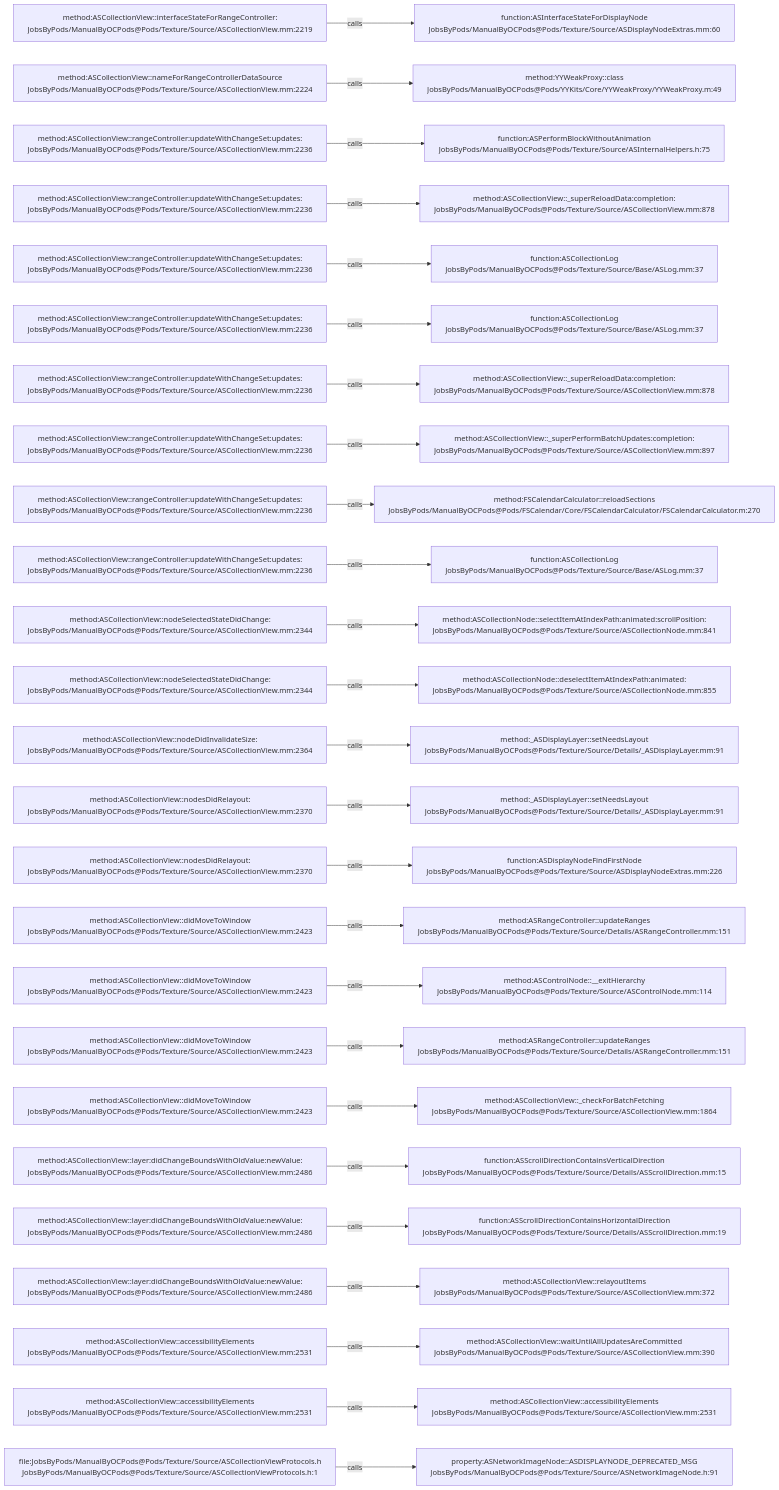
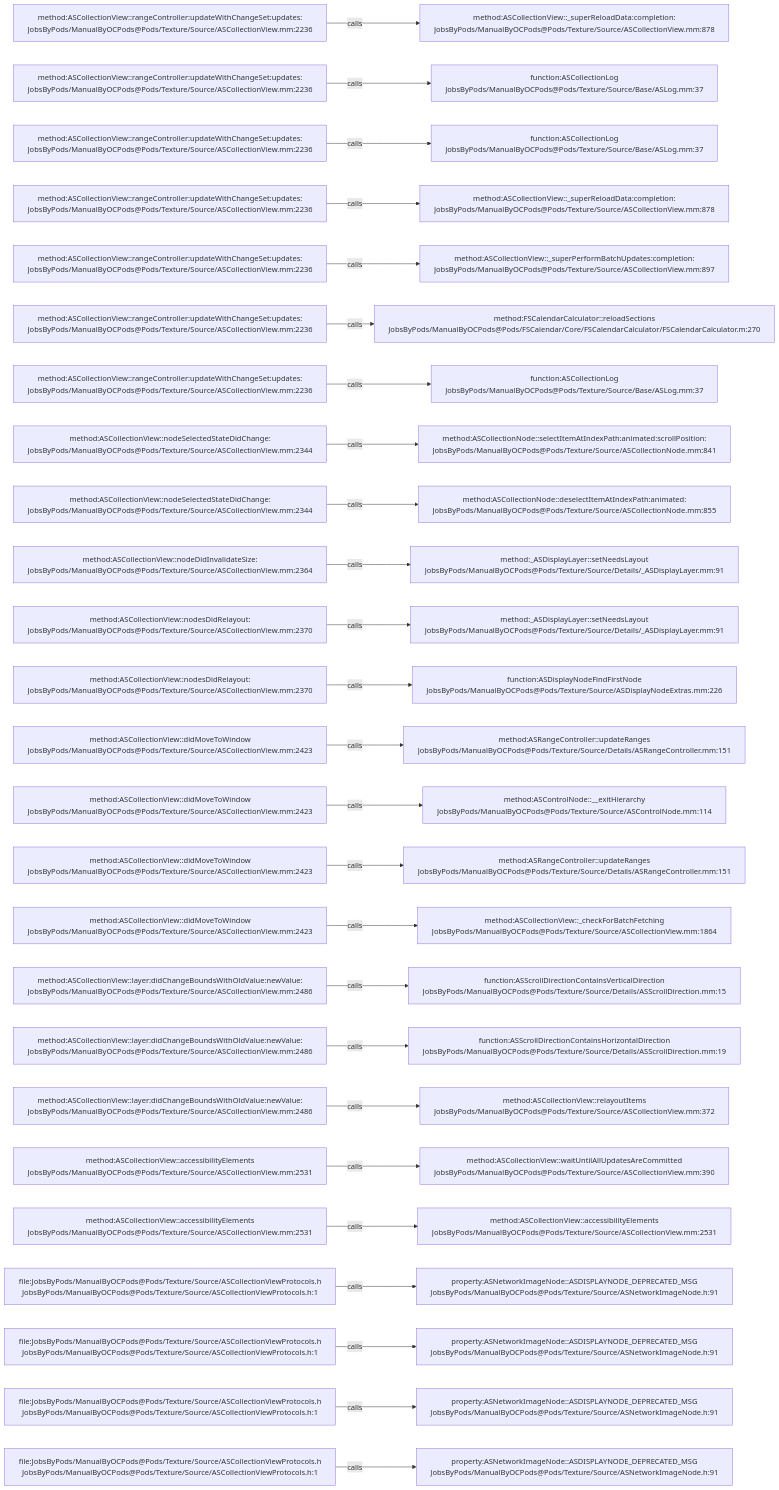
The diagram in .codegraph/codegraph.md/graphs/calls-086.md (JobsKits/JobsOCBaseConfigDemo), drawn with Mermaid before and after one commit. The commit also changed 342 other files, not shown here.

````diff
--- a/.codegraph/codegraph.md/graphs/calls-086.md
+++ b/.codegraph/codegraph.md/graphs/calls-086.md
@@ -13,78 +13,78 @@
 ```mermaid
 flowchart LR
-  S1["method:ASCollectionView::interfaceStateForRangeController:<br/>JobsByPods/ManualByOCPods@Pods/Texture/Source/ASCollectionView.mm:2219"]
-  T1["function:ASInterfaceStateForDisplayNode<br/>JobsByPods/ManualByOCPods@Pods/Texture/Source/ASDisplayNodeExtras.mm:60"]
+  S1["method:ASCollectionView::rangeController:updateWithChangeSet:updates:<br/>JobsByPods/ManualByOCPods@Pods/Texture/Source/ASCollectionView.mm:2236"]
+  T1["method:ASCollectionView::_superReloadData:completion:<br/>JobsByPods/ManualByOCPods@Pods/Texture/Source/ASCollectionView.mm:878"]
   S1 -->|calls| T1
-  S2["method:ASCollectionView::nameForRangeControllerDataSource<br/>JobsByPods/ManualByOCPods@Pods/Texture/Source/ASCollectionView.mm:2224"]
-  T2["method:YYWeakProxy::class<br/>JobsByPods/ManualByOCPods@Pods/YYKits/Core/YYWeakProxy/YYWeakProxy.m:49"]
+  S2["method:ASCollectionView::rangeController:updateWithChangeSet:updates:<br/>JobsByPods/ManualByOCPods@Pods/Texture/Source/ASCollectionView.mm:2236"]
+  T2["function:ASCollectionLog<br/>JobsByPods/ManualByOCPods@Pods/Texture/Source/Base/ASLog.mm:37"]
   S2 -->|calls| T2
   S3["method:ASCollectionView::rangeController:updateWithChangeSet:updates:<br/>JobsByPods/ManualByOCPods@Pods/Texture/Source/ASCollectionView.mm:2236"]
-  T3["function:ASPerformBlockWithoutAnimation<br/>JobsByPods/ManualByOCPods@Pods/Texture/Source/ASInternalHelpers.h:75"]
+  T3["function:ASCollectionLog<br/>JobsByPods/ManualByOCPods@Pods/Texture/Source/Base/ASLog.mm:37"]
   S3 -->|calls| T3
   S4["method:ASCollectionView::rangeController:updateWithChangeSet:updates:<br/>JobsByPods/ManualByOCPods@Pods/Texture/Source/ASCollectionView.mm:2236"]
   T4["method:ASCollectionView::_superReloadData:completion:<br/>JobsByPods/ManualByOCPods@Pods/Texture/Source/ASCollectionView.mm:878"]
   S4 -->|calls| T4
   S5["method:ASCollectionView::rangeController:updateWithChangeSet:updates:<br/>JobsByPods/ManualByOCPods@Pods/Texture/Source/ASCollectionView.mm:2236"]
-  T5["function:ASCollectionLog<br/>JobsByPods/ManualByOCPods@Pods/Texture/Source/Base/ASLog.mm:37"]
+  T5["method:ASCollectionView::_superPerformBatchUpdates:completion:<br/>JobsByPods/ManualByOCPods@Pods/Texture/Source/ASCollectionView.mm:897"]
   S5 -->|calls| T5
   S6["method:ASCollectionView::rangeController:updateWithChangeSet:updates:<br/>JobsByPods/ManualByOCPods@Pods/Texture/Source/ASCollectionView.mm:2236"]
-  T6["function:ASCollectionLog<br/>JobsByPods/ManualByOCPods@Pods/Texture/Source/Base/ASLog.mm:37"]
+  T6["method:FSCalendarCalculator::reloadSections<br/>JobsByPods/ManualByOCPods@Pods/FSCalendar/Core/FSCalendarCalculator/FSCalendarCalculator.m:270"]
   S6 -->|calls| T6
   S7["method:ASCollectionView::rangeController:updateWithChangeSet:updates:<br/>JobsByPods/ManualByOCPods@Pods/Texture/Source/ASCollectionView.mm:2236"]
-  T7["method:ASCollectionView::_superReloadData:completion:<br/>JobsByPods/ManualByOCPods@Pods/Texture/Source/ASCollectionView.mm:878"]
+  T7["function:ASCollectionLog<br/>JobsByPods/ManualByOCPods@Pods/Texture/Source/Base/ASLog.mm:37"]
   S7 -->|calls| T7
-  S8["method:ASCollectionView::rangeController:updateWithChangeSet:updates:<br/>JobsByPods/ManualByOCPods@Pods/Texture/Source/ASCollectionView.mm:2236"]
-  T8["method:ASCollectionView::_superPerformBatchUpdates:completion:<br/>JobsByPods/ManualByOCPods@Pods/Texture/Source/ASCollectionView.mm:897"]
+  S8["method:ASCollectionView::nodeSelectedStateDidChange:<br/>JobsByPods/ManualByOCPods@Pods/Texture/Source/ASCollectionView.mm:2344"]
+  T8["method:ASCollectionNode::selectItemAtIndexPath:animated:scrollPosition:<br/>JobsByPods/ManualByOCPods@Pods/Texture/Source/ASCollectionNode.mm:841"]
   S8 -->|calls| T8
-  S9["method:ASCollectionView::rangeController:updateWithChangeSet:updates:<br/>JobsByPods/ManualByOCPods@Pods/Texture/Source/ASCollectionView.mm:2236"]
-  T9["method:FSCalendarCalculator::reloadSections<br/>JobsByPods/ManualByOCPods@Pods/FSCalendar/Core/FSCalendarCalculator/FSCalendarCalculator.m:270"]
+  S9["method:ASCollectionView::nodeSelectedStateDidChange:<br/>JobsByPods/ManualByOCPods@Pods/Texture/Source/ASCollectionView.mm:2344"]
+  T9["method:ASCollectionNode::deselectItemAtIndexPath:animated:<br/>JobsByPods/ManualByOCPods@Pods/Texture/Source/ASCollectionNode.mm:855"]
   S9 -->|calls| T9
-  S10["method:ASCollectionView::rangeController:updateWithChangeSet:updates:<br/>JobsByPods/ManualByOCPods@Pods/Texture/Source/ASCollectionView.mm:2236"]
-  T10["function:ASCollectionLog<br/>JobsByPods/ManualByOCPods@Pods/Texture/Source/Base/ASLog.mm:37"]
+  S10["method:ASCollectionView::nodeDidInvalidateSize:<br/>JobsByPods/ManualByOCPods@Pods/Texture/Source/ASCollectionView.mm:2364"]
+  T10["method:_ASDisplayLayer::setNeedsLayout<br/>JobsByPods/ManualByOCPods@Pods/Texture/Source/Details/_ASDisplayLayer.mm:91"]
   S10 -->|calls| T10
-  S11["method:ASCollectionView::nodeSelectedStateDidChange:<br/>JobsByPods/ManualByOCPods@Pods/Texture/Source/ASCollectionView.mm:2344"]
-  T11["method:ASCollectionNode::selectItemAtIndexPath:animated:scrollPosition:<br/>JobsByPods/ManualByOCPods@Pods/Texture/Source/ASCollectionNode.mm:841"]
+  S11["method:ASCollectionView::nodesDidRelayout:<br/>JobsByPods/ManualByOCPods@Pods/Texture/Source/ASCollectionView.mm:2370"]
+  T11["method:_ASDisplayLayer::setNeedsLayout<br/>JobsByPods/ManualByOCPods@Pods/Texture/Source/Details/_ASDisplayLayer.mm:91"]
   S11 -->|calls| T11
-  S12["method:ASCollectionView::nodeSelectedStateDidChange:<br/>JobsByPods/ManualByOCPods@Pods/Texture/Source/ASCollectionView.mm:2344"]
-  T12["method:ASCollectionNode::deselectItemAtIndexPath:animated:<br/>JobsByPods/ManualByOCPods@Pods/Texture/Source/ASCollectionNode.mm:855"]
+  S12["method:ASCollectionView::nodesDidRelayout:<br/>JobsByPods/ManualByOCPods@Pods/Texture/Source/ASCollectionView.mm:2370"]
+  T12["function:ASDisplayNodeFindFirstNode<br/>JobsByPods/ManualByOCPods@Pods/Texture/Source/ASDisplayNodeExtras.mm:226"]
   S12 -->|calls| T12
-  S13["method:ASCollectionView::nodeDidInvalidateSize:<br/>JobsByPods/ManualByOCPods@Pods/Texture/Source/ASCollectionView.mm:2364"]
-  T13["method:_ASDisplayLayer::setNeedsLayout<br/>JobsByPods/ManualByOCPods@Pods/Texture/Source/Details/_ASDisplayLayer.mm:91"]
+  S13["method:ASCollectionView::didMoveToWindow<br/>JobsByPods/ManualByOCPods@Pods/Texture/Source/ASCollectionView.mm:2423"]
+  T13["method:ASRangeController::updateRanges<br/>JobsByPods/ManualByOCPods@Pods/Texture/Source/Details/ASRangeController.mm:151"]
   S13 -->|calls| T13
-  S14["method:ASCollectionView::nodesDidRelayout:<br/>JobsByPods/ManualByOCPods@Pods/Texture/Source/ASCollectionView.mm:2370"]
-  T14["method:_ASDisplayLayer::setNeedsLayout<br/>JobsByPods/ManualByOCPods@Pods/Texture/Source/Details/_ASDisplayLayer.mm:91"]
+  S14["method:ASCollectionView::didMoveToWindow<br/>JobsByPods/ManualByOCPods@Pods/Texture/Source/ASCollectionView.mm:2423"]
+  T14["method:ASControlNode::__exitHierarchy<br/>JobsByPods/ManualByOCPods@Pods/Texture/Source/ASControlNode.mm:114"]
   S14 -->|calls| T14
-  S15["method:ASCollectionView::nodesDidRelayout:<br/>JobsByPods/ManualByOCPods@Pods/Texture/Source/ASCollectionView.mm:2370"]
-  T15["function:ASDisplayNodeFindFirstNode<br/>JobsByPods/ManualByOCPods@Pods/Texture/Source/ASDisplayNodeExtras.mm:226"]
+  S15["method:ASCollectionView::didMoveToWindow<br/>JobsByPods/ManualByOCPods@Pods/Texture/Source/ASCollectionView.mm:2423"]
+  T15["method:ASRangeController::updateRanges<br/>JobsByPods/ManualByOCPods@Pods/Texture/Source/Details/ASRangeController.mm:151"]
   S15 -->|calls| T15
   S16["method:ASCollectionView::didMoveToWindow<br/>JobsByPods/ManualByOCPods@Pods/Texture/Source/ASCollectionView.mm:2423"]
-  T16["method:ASRangeController::updateRanges<br/>JobsByPods/ManualByOCPods@Pods/Texture/Source/Details/ASRangeController.mm:151"]
+  T16["method:ASCollectionView::_checkForBatchFetching<br/>JobsByPods/ManualByOCPods@Pods/Texture/Source/ASCollectionView.mm:1864"]
   S16 -->|calls| T16
-  S17["method:ASCollectionView::didMoveToWindow<br/>JobsByPods/ManualByOCPods@Pods/Texture/Source/ASCollectionView.mm:2423"]
-  T17["method:ASControlNode::__exitHierarchy<br/>JobsByPods/ManualByOCPods@Pods/Texture/Source/ASControlNode.mm:114"]
+  S17["method:ASCollectionView::layer:didChangeBoundsWithOldValue:newValue:<br/>JobsByPods/ManualByOCPods@Pods/Texture/Source/ASCollectionView.mm:2486"]
+  T17["function:ASScrollDirectionContainsVerticalDirection<br/>JobsByPods/ManualByOCPods@Pods/Texture/Source/Details/ASScrollDirection.mm:15"]
   S17 -->|calls| T17
-  S18["method:ASCollectionView::didMoveToWindow<br/>JobsByPods/ManualByOCPods@Pods/Texture/Source/ASCollectionView.mm:2423"]
-  T18["method:ASRangeController::updateRanges<br/>JobsByPods/ManualByOCPods@Pods/Texture/Source/Details/ASRangeController.mm:151"]
+  S18["method:ASCollectionView::layer:didChangeBoundsWithOldValue:newValue:<br/>JobsByPods/ManualByOCPods@Pods/Texture/Source/ASCollectionView.mm:2486"]
+  T18["function:ASScrollDirectionContainsHorizontalDirection<br/>JobsByPods/ManualByOCPods@Pods/Texture/Source/Details/ASScrollDirection.mm:19"]
   S18 -->|calls| T18
-  S19["method:ASCollectionView::didMoveToWindow<br/>JobsByPods/ManualByOCPods@Pods/Texture/Source/ASCollectionView.mm:2423"]
-  T19["method:ASCollectionView::_checkForBatchFetching<br/>JobsByPods/ManualByOCPods@Pods/Texture/Source/ASCollectionView.mm:1864"]
+  S19["method:ASCollectionView::layer:didChangeBoundsWithOldValue:newValue:<br/>JobsByPods/ManualByOCPods@Pods/Texture/Source/ASCollectionView.mm:2486"]
+  T19["method:ASCollectionView::relayoutItems<br/>JobsByPods/ManualByOCPods@Pods/Texture/Source/ASCollectionView.mm:372"]
   S19 -->|calls| T19
-  S20["method:ASCollectionView::layer:didChangeBoundsWithOldValue:newValue:<br/>JobsByPods/ManualByOCPods@Pods/Texture/Source/ASCollectionView.mm:2486"]
-  T20["function:ASScrollDirectionContainsVerticalDirection<br/>JobsByPods/ManualByOCPods@Pods/Texture/Source/Details/ASScrollDirection.mm:15"]
+  S20["method:ASCollectionView::accessibilityElements<br/>JobsByPods/ManualByOCPods@Pods/Texture/Source/ASCollectionView.mm:2531"]
+  T20["method:ASCollectionView::waitUntilAllUpdatesAreCommitted<br/>JobsByPods/ManualByOCPods@Pods/Texture/Source/ASCollectionView.mm:390"]
   S20 -->|calls| T20
-  S21["method:ASCollectionView::layer:didChangeBoundsWithOldValue:newValue:<br/>JobsByPods/ManualByOCPods@Pods/Texture/Source/ASCollectionView.mm:2486"]
-  T21["function:ASScrollDirectionContainsHorizontalDirection<br/>JobsByPods/ManualByOCPods@Pods/Texture/Source/Details/ASScrollDirection.mm:19"]
+  S21["method:ASCollectionView::accessibilityElements<br/>JobsByPods/ManualByOCPods@Pods/Texture/Source/ASCollectionView.mm:2531"]
+  T21["method:ASCollectionView::accessibilityElements<br/>JobsByPods/ManualByOCPods@Pods/Texture/Source/ASCollectionView.mm:2531"]
   S21 -->|calls| T21
-  S22["method:ASCollectionView::layer:didChangeBoundsWithOldValue:newValue:<br/>JobsByPods/ManualByOCPods@Pods/Texture/Source/ASCollectionView.mm:2486"]
-  T22["method:ASCollectionView::relayoutItems<br/>JobsByPods/ManualByOCPods@Pods/Texture/Source/ASCollectionView.mm:372"]
+  S22["file:JobsByPods/ManualByOCPods@Pods/Texture/Source/ASCollectionViewProtocols.h<br/>JobsByPods/ManualByOCPods@Pods/Texture/Source/ASCollectionViewProtocols.h:1"]
+  T22["property:ASNetworkImageNode::ASDISPLAYNODE_DEPRECATED_MSG<br/>JobsByPods/ManualByOCPods@Pods/Texture/Source/ASNetworkImageNode.h:91"]
   S22 -->|calls| T22
-  S23["method:ASCollectionView::accessibilityElements<br/>JobsByPods/ManualByOCPods@Pods/Texture/Source/ASCollectionView.mm:2531"]
-  T23["method:ASCollectionView::waitUntilAllUpdatesAreCommitted<br/>JobsByPods/ManualByOCPods@Pods/Texture/Source/ASCollectionView.mm:390"]
+  S23["file:JobsByPods/ManualByOCPods@Pods/Texture/Source/ASCollectionViewProtocols.h<br/>JobsByPods/ManualByOCPods@Pods/Texture/Source/ASCollectionViewProtocols.h:1"]
+  T23["property:ASNetworkImageNode::ASDISPLAYNODE_DEPRECATED_MSG<br/>JobsByPods/ManualByOCPods@Pods/Texture/Source/ASNetworkImageNode.h:91"]
   S23 -->|calls| T23
-  S24["method:ASCollectionView::accessibilityElements<br/>JobsByPods/ManualByOCPods@Pods/Texture/Source/ASCollectionView.mm:2531"]
-  T24["method:ASCollectionView::accessibilityElements<br/>JobsByPods/ManualByOCPods@Pods/Texture/Source/ASCollectionView.mm:2531"]
+  S24["file:JobsByPods/ManualByOCPods@Pods/Texture/Source/ASCollectionViewProtocols.h<br/>JobsByPods/ManualByOCPods@Pods/Texture/Source/ASCollectionViewProtocols.h:1"]
+  T24["property:ASNetworkImageNode::ASDISPLAYNODE_DEPRECATED_MSG<br/>JobsByPods/ManualByOCPods@Pods/Texture/Source/ASNetworkImageNode.h:91"]
   S24 -->|calls| T24
   S25["file:JobsByPods/ManualByOCPods@Pods/Texture/Source/ASCollectionViewProtocols.h<br/>JobsByPods/ManualByOCPods@Pods/Texture/Source/ASCollectionViewProtocols.h:1"]
   T25["property:ASNetworkImageNode::ASDISPLAYNODE_DEPRECATED_MSG<br/>JobsByPods/ManualByOCPods@Pods/Texture/Source/ASNetworkImageNode.h:91"]
   S25 -->|calls| T25
 ```
````
